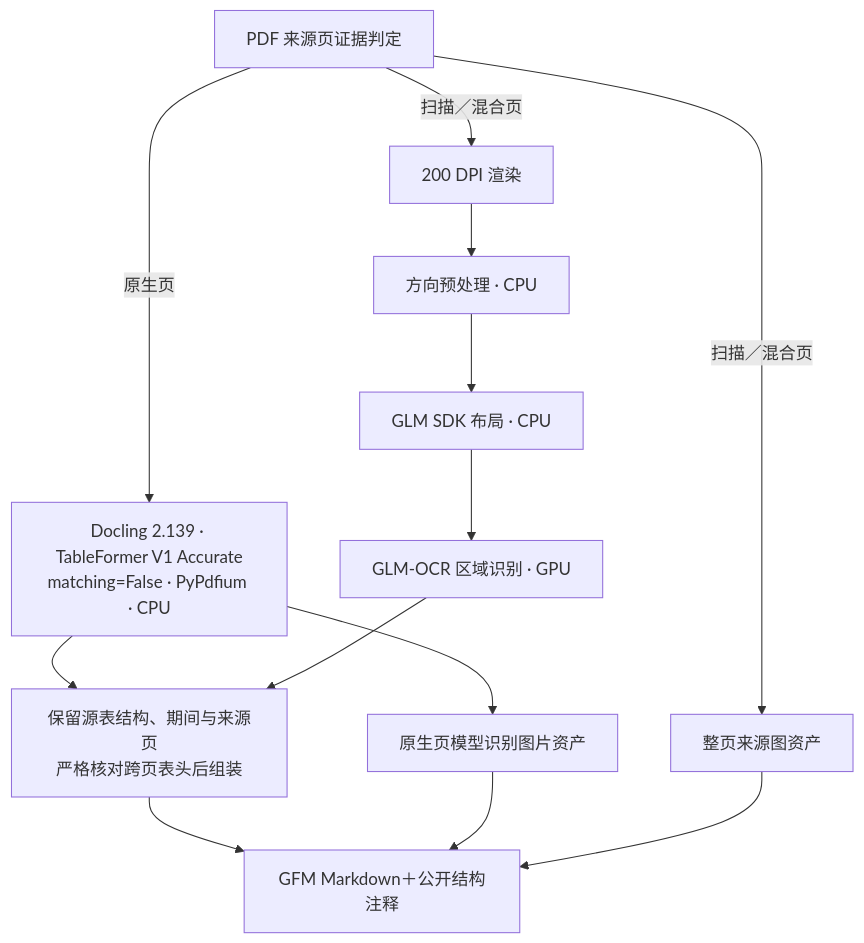
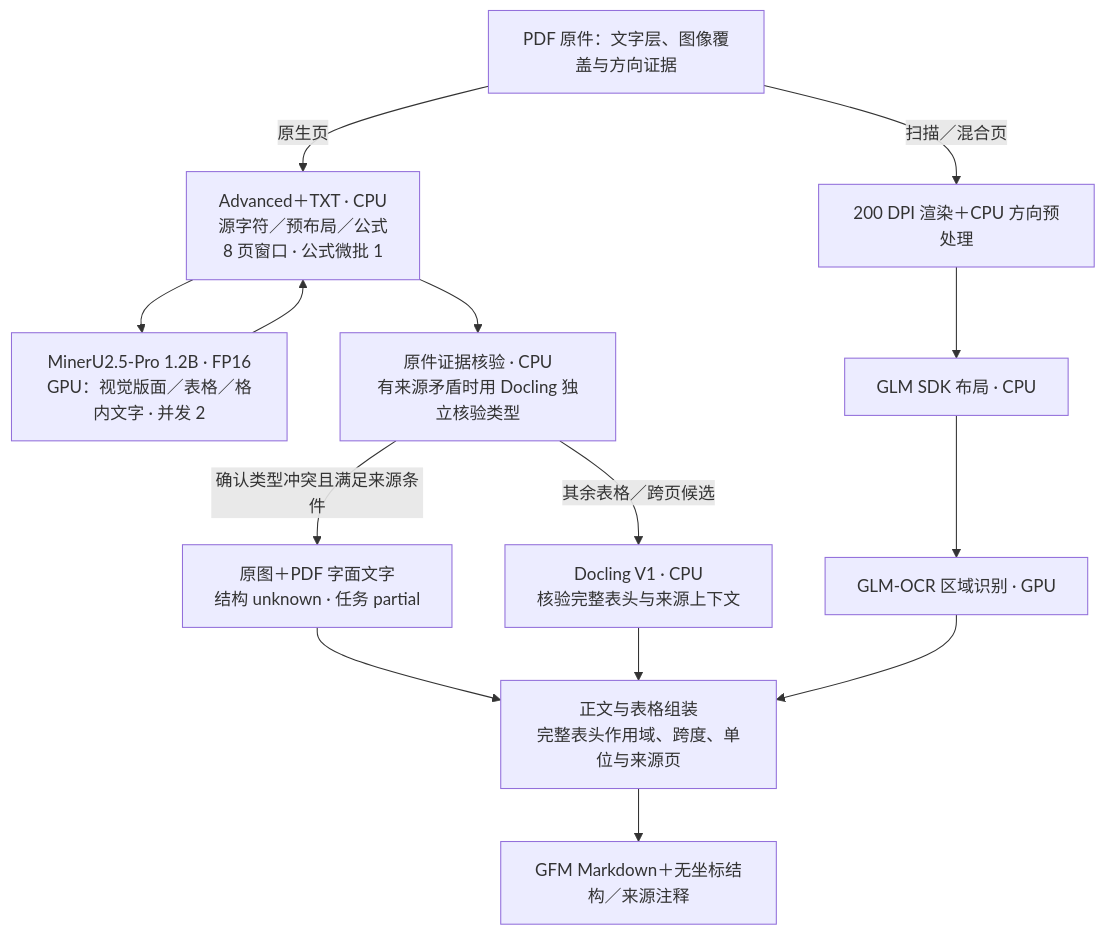
The diagram in README.md (Scisaga/moparse), drawn with Mermaid before and after one commit. The commit also changed other lines of this file and 877 other files, not shown here.

Commit message:
feat: migrate to moparse and deploy benchmarked Advanced TXT pipeline

````diff
--- a/README.md
+++ b/README.md
@@ -86,16 +103,18 @@
 ```mermaid
 flowchart TD
-    source["PDF 来源页证据判定"]
-    source -->|原生页| native["Docling 2.139 · TableFormer V1 Accurate<br/>matching=False · PyPdfium · CPU"]
-    source -->|扫描／混合页| raster["200 DPI 渲染"]
-    raster --> orientation["方向预处理 · CPU"]
-    orientation --> layout["GLM SDK 布局 · CPU"]
-    layout --> ocr["GLM-OCR 区域识别 · GPU"]
-    native --> assemble["保留源表结构、期间与来源页<br/>严格核对跨页表头后组装"]
-    ocr --> assemble
-    assemble --> markdown["GFM Markdown＋公开结构注释"]
-    native --> pictures["原生页模型识别图片资产"]
-    source -->|扫描／混合页| pages["整页来源图资产"]
-    pictures --> markdown
-    pages --> markdown
+    source["PDF 原件：文字层、图像覆盖与方向证据"]
+    source -->|原生页| native["Advanced＋TXT · CPU<br/>源字符／预布局／公式<br/>8 页窗口 · 公式微批 1"]
+    native --> visual["MinerU2.5-Pro 1.2B · FP16<br/>GPU：视觉版面／表格／格内文字 · 并发 2"]
+    visual --> native
+    source -->|扫描／混合页| raster["200 DPI 渲染＋CPU 方向预处理"]
+    raster --> sdk["GLM SDK 布局 · CPU"]
+    sdk --> glm["GLM-OCR 区域识别 · GPU"]
+    native --> sourcecheck["原件证据核验 · CPU<br/>有来源矛盾时用 Docling 独立核验类型"]
+    sourcecheck -->|确认类型冲突且满足来源条件| preserved["原图＋PDF 字面文字<br/>结构 unknown · 任务 partial"]
+    sourcecheck -->|其余表格／跨页候选| verifier["Docling V1 · CPU<br/>核验完整表头与来源上下文"]
+    preserved --> assemble
+    verifier --> assemble
+    assemble["正文与表格组装<br/>完整表头作用域、跨度、单位与来源页"]
+    glm --> assemble
+    assemble --> output["GFM Markdown＋无坐标结构／来源注释"]
 ```
````
